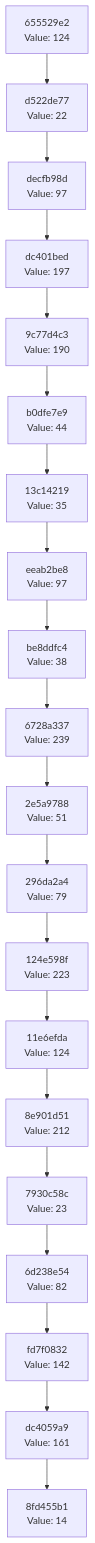
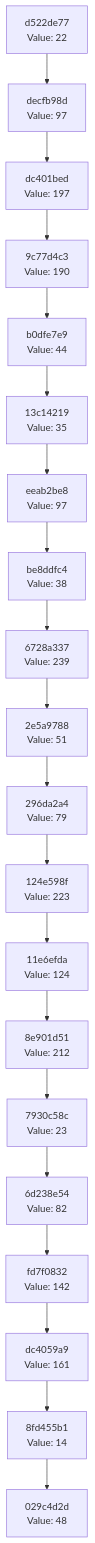
The diagram in docs/CHAIN_VISUALIZATION.md (Abhisheksinha1506/hash-chain-evolver), drawn with Mermaid before and after one commit. The commit also changed 3 other files, not shown here.

````diff
--- a/docs/CHAIN_VISUALIZATION.md
+++ b/docs/CHAIN_VISUALIZATION.md
@@ -3,42 +3,42 @@
 ```mermaid
 graph TD
-    C0["8fd455b1<br/>Value: 14"]
-    C1["dc4059a9<br/>Value: 161"]
+    C0["029c4d2d<br/>Value: 48"]
+    C1["8fd455b1<br/>Value: 14"]
     C1 --> C0
-    C2["fd7f0832<br/>Value: 142"]
+    C2["dc4059a9<br/>Value: 161"]
     C2 --> C1
-    C3["6d238e54<br/>Value: 82"]
+    C3["fd7f0832<br/>Value: 142"]
     C3 --> C2
-    C4["7930c58c<br/>Value: 23"]
+    C4["6d238e54<br/>Value: 82"]
     C4 --> C3
-    C5["8e901d51<br/>Value: 212"]
+    C5["7930c58c<br/>Value: 23"]
     C5 --> C4
-    C6["11e6efda<br/>Value: 124"]
+    C6["8e901d51<br/>Value: 212"]
     C6 --> C5
-    C7["124e598f<br/>Value: 223"]
+    C7["11e6efda<br/>Value: 124"]
     C7 --> C6
-    C8["296da2a4<br/>Value: 79"]
+    C8["124e598f<br/>Value: 223"]
     C8 --> C7
-    C9["2e5a9788<br/>Value: 51"]
+    C9["296da2a4<br/>Value: 79"]
     C9 --> C8
-    C10["6728a337<br/>Value: 239"]
+    C10["2e5a9788<br/>Value: 51"]
     C10 --> C9
-    C11["be8ddfc4<br/>Value: 38"]
+    C11["6728a337<br/>Value: 239"]
     C11 --> C10
-    C12["eeab2be8<br/>Value: 97"]
+    C12["be8ddfc4<br/>Value: 38"]
     C12 --> C11
-    C13["13c14219<br/>Value: 35"]
+    C13["eeab2be8<br/>Value: 97"]
     C13 --> C12
-    C14["b0dfe7e9<br/>Value: 44"]
+    C14["13c14219<br/>Value: 35"]
     C14 --> C13
-    C15["9c77d4c3<br/>Value: 190"]
+    C15["b0dfe7e9<br/>Value: 44"]
     C15 --> C14
-    C16["dc401bed<br/>Value: 197"]
+    C16["9c77d4c3<br/>Value: 190"]
     C16 --> C15
-    C17["decfb98d<br/>Value: 97"]
+    C17["dc401bed<br/>Value: 197"]
     C17 --> C16
-    C18["d522de77<br/>Value: 22"]
+    C18["decfb98d<br/>Value: 97"]
     C18 --> C17
-    C19["655529e2<br/>Value: 124"]
+    C19["d522de77<br/>Value: 22"]
     C19 --> C18
 ```
````
